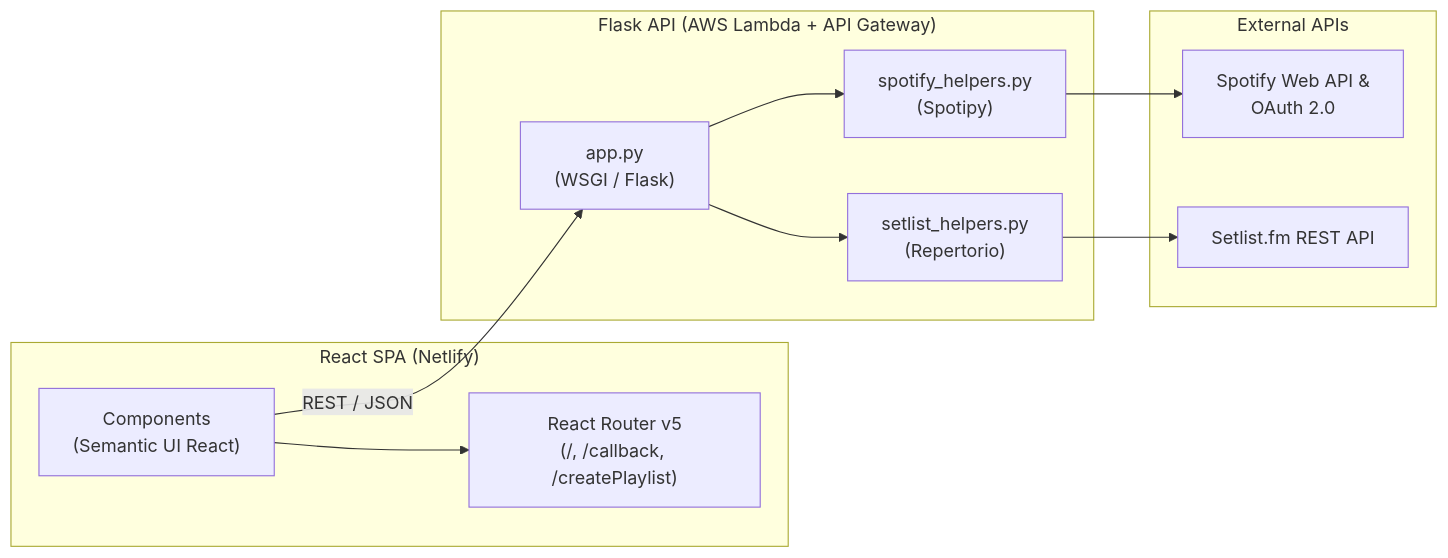
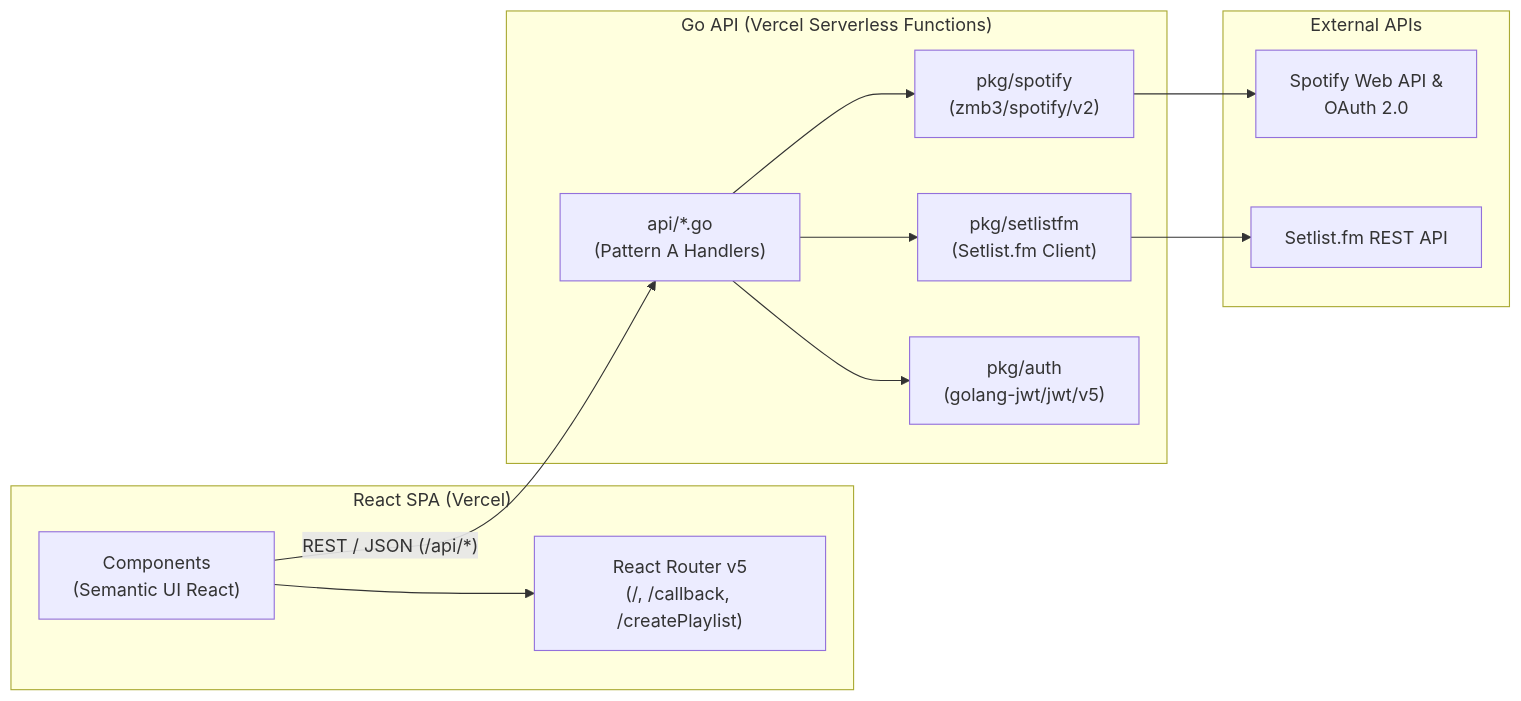
Before and after one commit to alexcaulfield/setlistify: the diagram in ARCHITECTURE.md, drawn with Mermaid. The commit also changed other lines of this file and 1750 other files, not shown here.

Commit message:
chore: remove flask-app and netlify artifacts

````diff
--- a/ARCHITECTURE.md
+++ b/ARCHITECTURE.md
@@ -7,25 +7,27 @@
 ```mermaid
 flowchart LR
-    subgraph Client["React SPA (Netlify)"]
+    subgraph Client["React SPA (Vercel)"]
         UI["Components\n(Semantic UI React)"]
         Router["React Router v5\n(/, /callback, /createPlaylist)"]
     end
 
-    subgraph Backend["Flask API (AWS Lambda + API Gateway)"]
-        App["app.py\n(WSGI / Flask)"]
-        SpotifyHelpers["spotify_helpers.py\n(Spotipy)"]
-        SetlistHelpers["setlist_helpers.py\n(Repertorio)"]
+    subgraph Backend["Go API (Vercel Serverless Functions)"]
+        API["api/*.go\n(Pattern A Handlers)"]
+        SpotifyPkg["pkg/spotify\n(zmb3/spotify/v2)"]
+        SetlistPkg["pkg/setlistfm\n(Setlist.fm Client)"]
+        AuthPkg["pkg/auth\n(golang-jwt/jwt/v5)"]
     end
 
     subgraph External["External APIs"]
         SpotifyAPI["Spotify Web API &\nOAuth 2.0"]
         SetlistAPI["Setlist.fm REST API"]
     end
 
     UI --> Router
-    UI -- "REST / JSON" --> App
-    App --> SpotifyHelpers
-    App --> SetlistHelpers
-    SpotifyHelpers --> SpotifyAPI
-    SetlistHelpers --> SetlistAPI
+    UI -- "REST / JSON (/api/*)" --> API
+    API --> SpotifyPkg
+    API --> SetlistPkg
+    API --> AuthPkg
+    SpotifyPkg --> SpotifyAPI
+    SetlistPkg --> SetlistAPI
 ```
````
